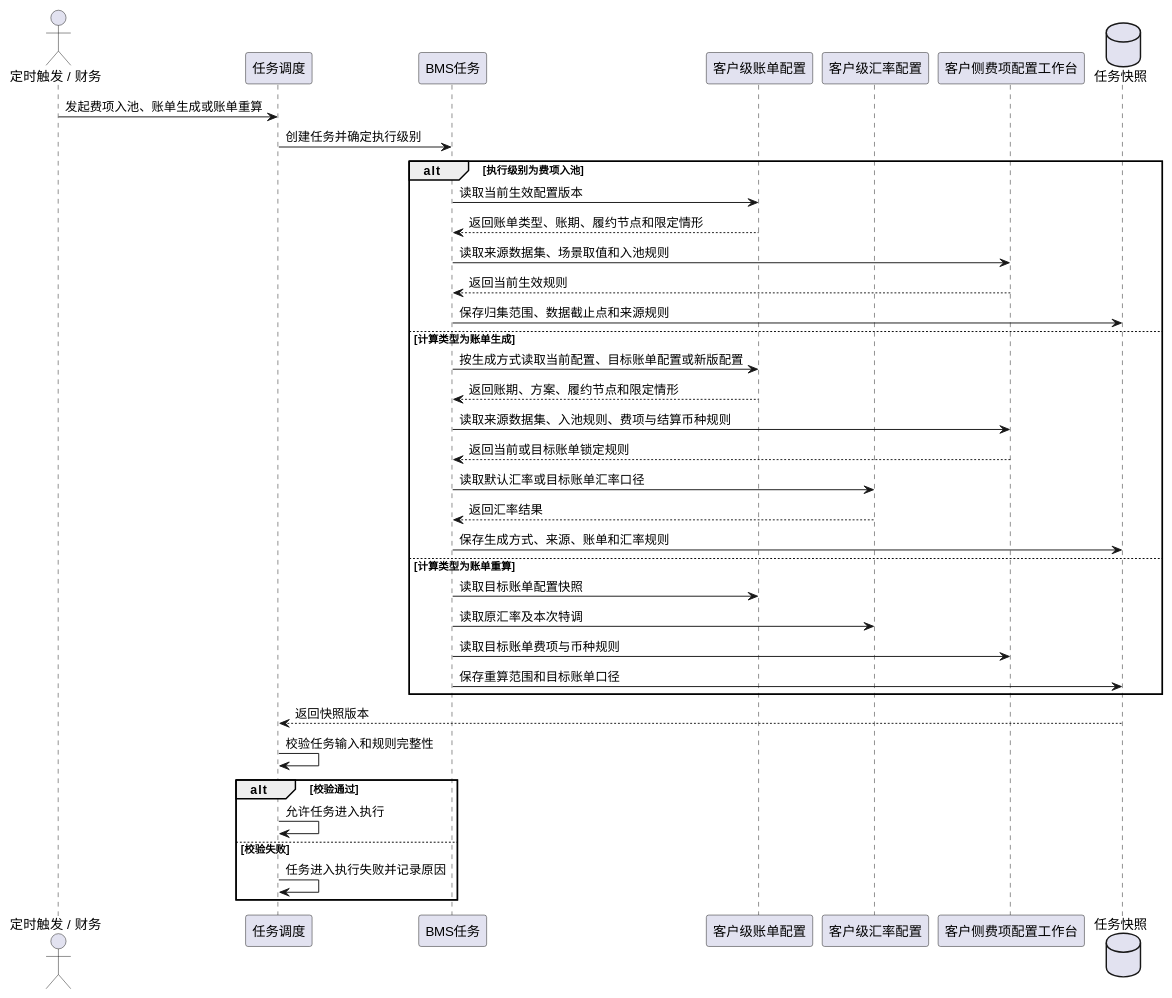
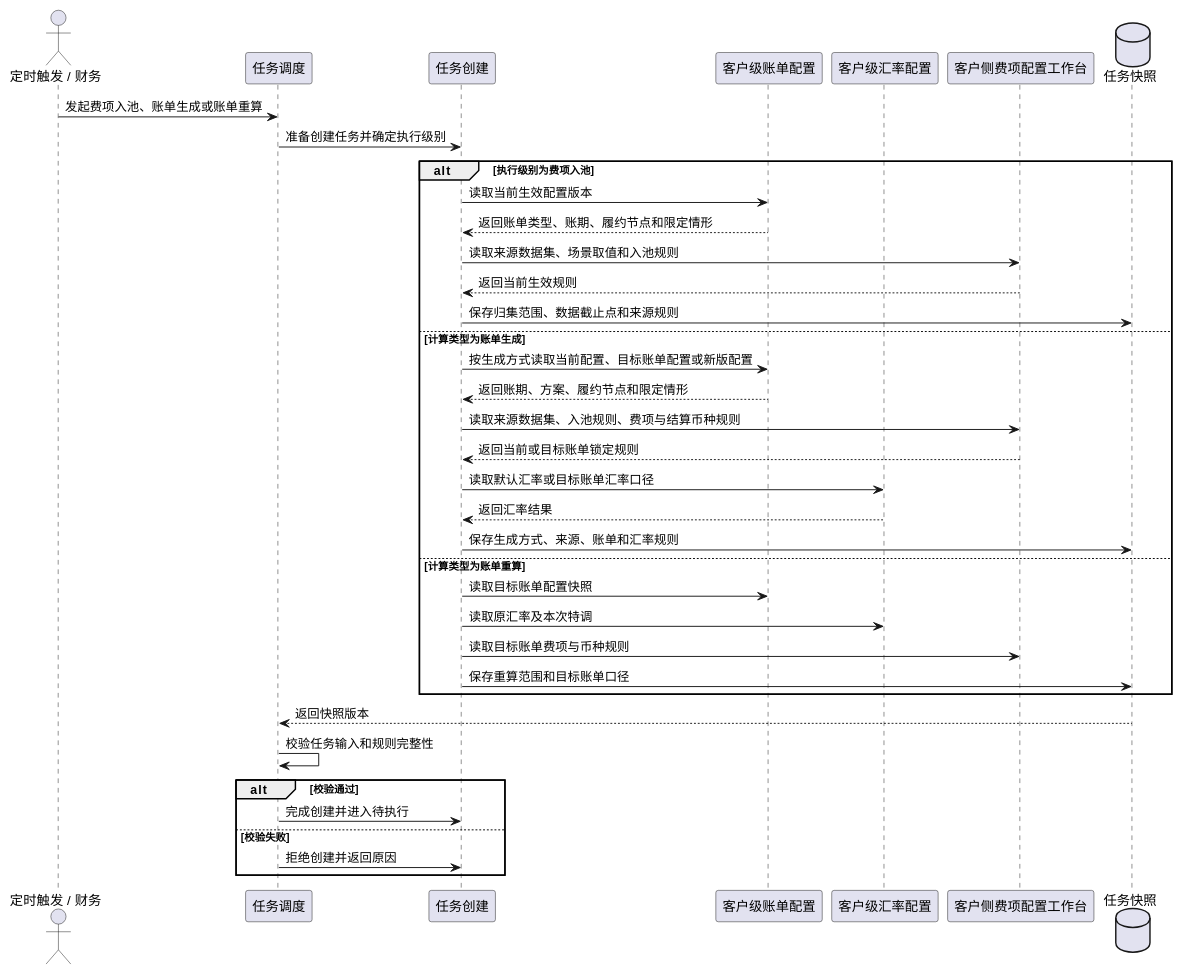
Before and after one commit to jack888332/projects-doc: the sixth of 19 diagrams in product-caliber/bms/prd/账单系统.PRD.md, drawn with PlantUML. The commit also changed other lines of this file, not shown here.

````diff
--- a/product-caliber/bms/prd/账单系统.PRD.md
+++ b/product-caliber/bms/prd/账单系统.PRD.md
@@ -1128,43 +1127,43 @@
 ```plantuml
 @startuml
 
 actor "定时触发 / 财务" as Trigger
 participant "任务调度" as Scheduler
-participant "BMS任务" as Task
+participant "任务创建" as Task
 participant "客户级账单配置" as BillingConfig
 participant "客户级汇率配置" as RateConfig
 participant "客户侧费项配置工作台" as FeeConfig
 database "任务快照" as Snapshot
 
 Trigger -> Scheduler : 发起费项入池、账单生成或账单重算
-Scheduler -> Task : 创建任务并确定执行级别
+Scheduler -> Task : 准备创建任务并确定执行级别
 alt 执行级别为费项入池
   Task -> BillingConfig : 读取当前生效配置版本
   BillingConfig --> Task : 返回账单类型、账期、履约节点和限定情形
   Task -> FeeConfig : 读取来源数据集、场景取值和入池规则
   FeeConfig --> Task : 返回当前生效规则
   Task -> Snapshot : 保存归集范围、数据截止点和来源规则
 else 计算类型为账单生成
   Task -> BillingConfig : 按生成方式读取当前配置、目标账单配置或新版配置
   BillingConfig --> Task : 返回账期、方案、履约节点和限定情形
   Task -> FeeConfig : 读取来源数据集、入池规则、费项与结算币种规则
   FeeConfig --> Task : 返回当前或目标账单锁定规则
   Task -> RateConfig : 读取默认汇率或目标账单汇率口径
   RateConfig --> Task : 返回汇率结果
   Task -> Snapshot : 保存生成方式、来源、账单和汇率规则
 else 计算类型为账单重算
   Task -> BillingConfig : 读取目标账单配置快照
   Task -> RateConfig : 读取原汇率及本次特调
   Task -> FeeConfig : 读取目标账单费项与币种规则
   Task -> Snapshot : 保存重算范围和目标账单口径
 end
 
 Snapshot --> Scheduler : 返回快照版本
 Scheduler -> Scheduler : 校验任务输入和规则完整性
 alt 校验通过
-  Scheduler -> Scheduler : 允许任务进入执行
+  Scheduler -> Task : 完成创建并进入待执行
 else 校验失败
-  Scheduler -> Scheduler : 任务进入执行失败并记录原因
+  Scheduler -> Task : 拒绝创建并返回原因
 end
 @enduml
 ```
````
